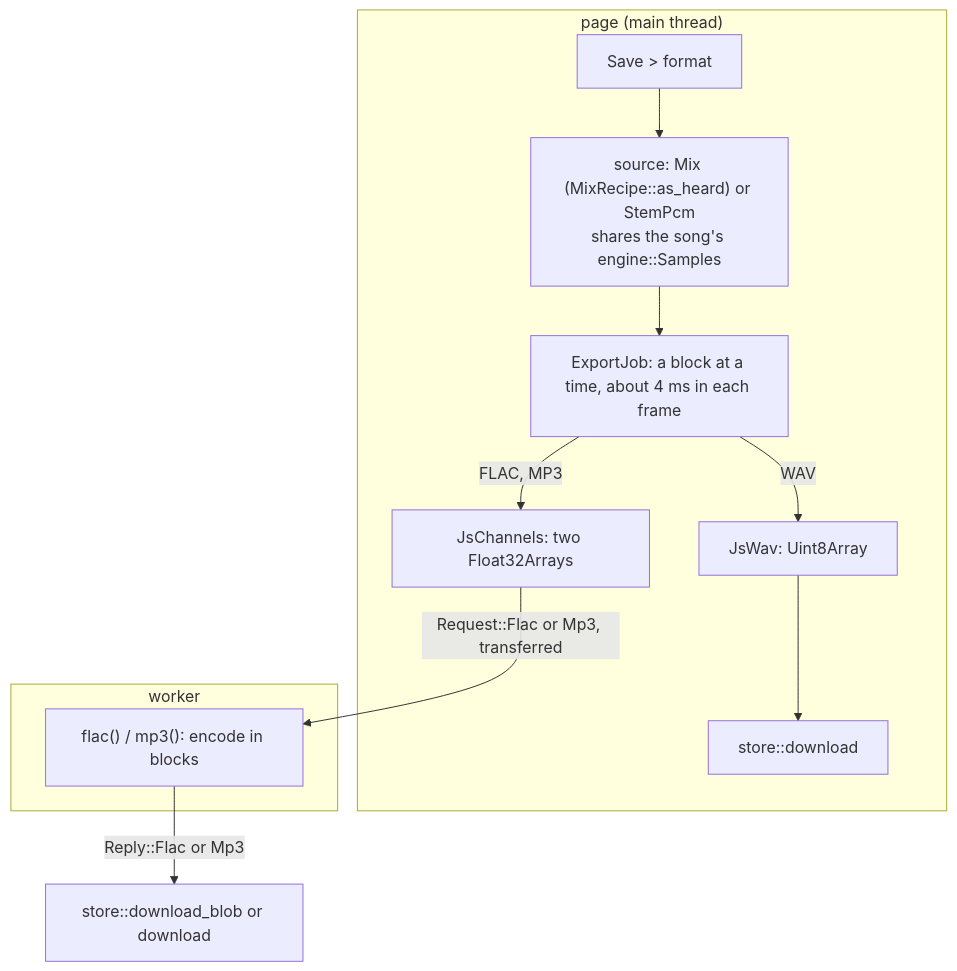
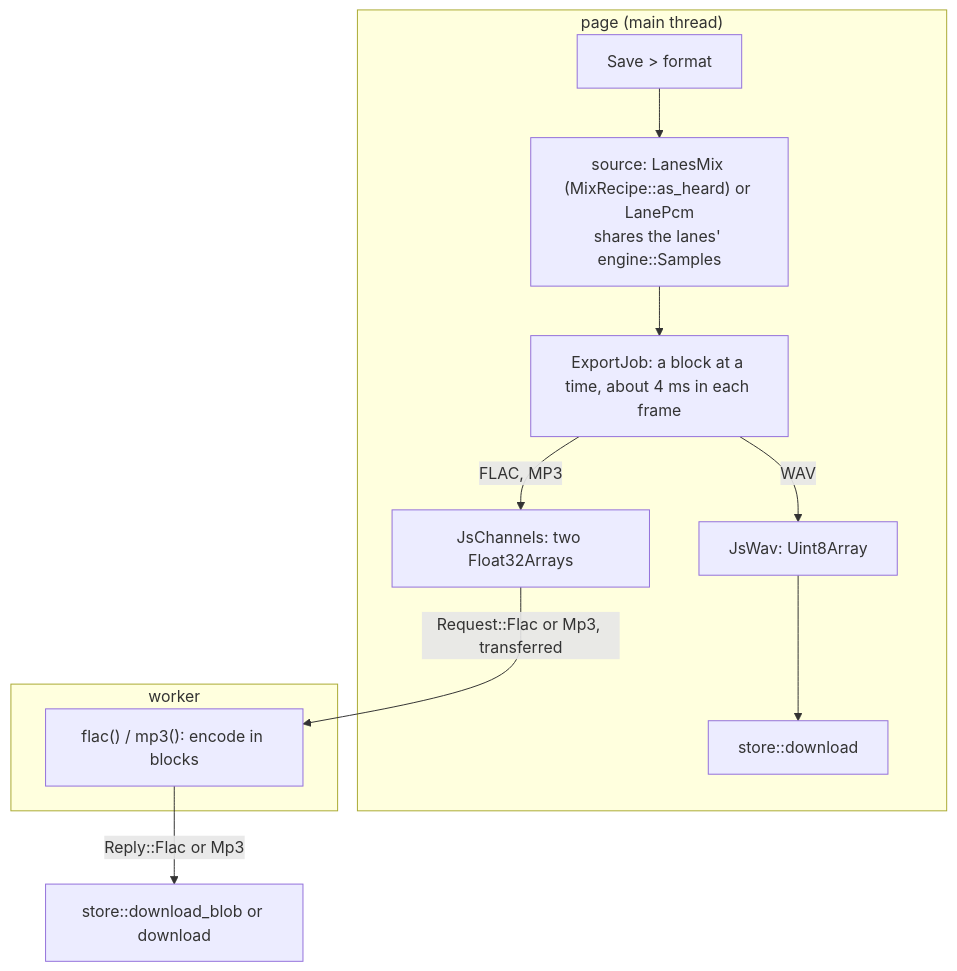
One commit to lloydmeta/stemyla changed the fifth of 5 diagrams in docs/ARCHITECTURE.md. Above: the diagram before and after it, drawn with Mermaid. The commit also changed other lines of this file and 8 other files, not shown here.

````diff
--- a/docs/ARCHITECTURE.md
+++ b/docs/ARCHITECTURE.md
@@ -219,14 +219,14 @@
 ```mermaid
 flowchart TD
   subgraph page["page (main thread)"]
-    CLICK["Save > format"] --> SRC["source: Mix (MixRecipe::as_heard) or StemPcm<br/>shares the song's engine::Samples"]
+    CLICK["Save > format"] --> SRC["source: LanesMix (MixRecipe::as_heard) or LanePcm<br/>shares the lanes' engine::Samples"]
     SRC --> JOB["ExportJob: a block at a time, about 4 ms in each frame"]
     JOB -->|WAV| U8["JsWav: Uint8Array"] --> DL["store::download"]
     JOB -->|"FLAC, MP3"| F32["JsChannels: two Float32Arrays"]
   end
   subgraph worker["worker"]
     ENC["flac() / mp3(): encode in blocks"]
   end
   F32 -->|"Request::Flac or Mp3, transferred"| ENC
   ENC -->|"Reply::Flac or Mp3"| DL2["store::download_blob or download"]
 ```
````
